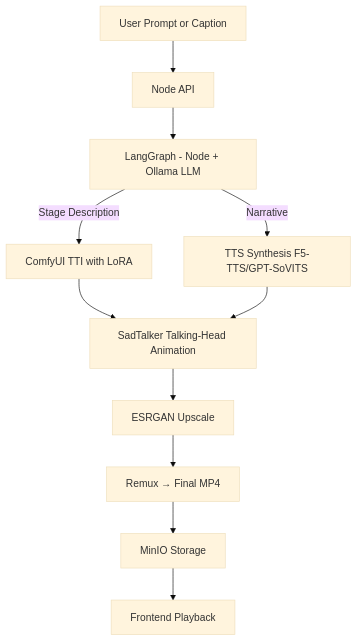
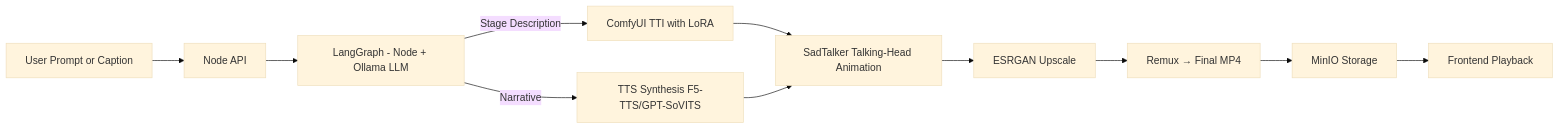
One commit to ktzevani/myspinbot changed the sixth of 7 diagrams in docs/02_architecture_overview.md. Above: the diagram before and after it, drawn with Mermaid (base theme). The commit also changed other lines of this file and 2 other files, not shown here.

````diff
--- a/docs/02_architecture_overview.md
+++ b/docs/02_architecture_overview.md
@@ -294,13 +313,13 @@
 ```mermaid
-flowchart TD
+flowchart LR
     A[User Prompt or Caption] --> B[Node API]
     B --> C[LangGraph - Node + Ollama LLM]
     C --> |Stage Description| D[ComfyUI TTI with LoRA]
     C --> |Narrative| E[TTS Synthesis F5-TTS/GPT-SoVITS]
     D --> F[SadTalker Talking-Head Animation]
     E --> F
     F --> G[ESRGAN Upscale]
     G --> H[Remux → Final MP4]
     H --> I[MinIO Storage]
     I --> J[Frontend Playback]
 ```
````
